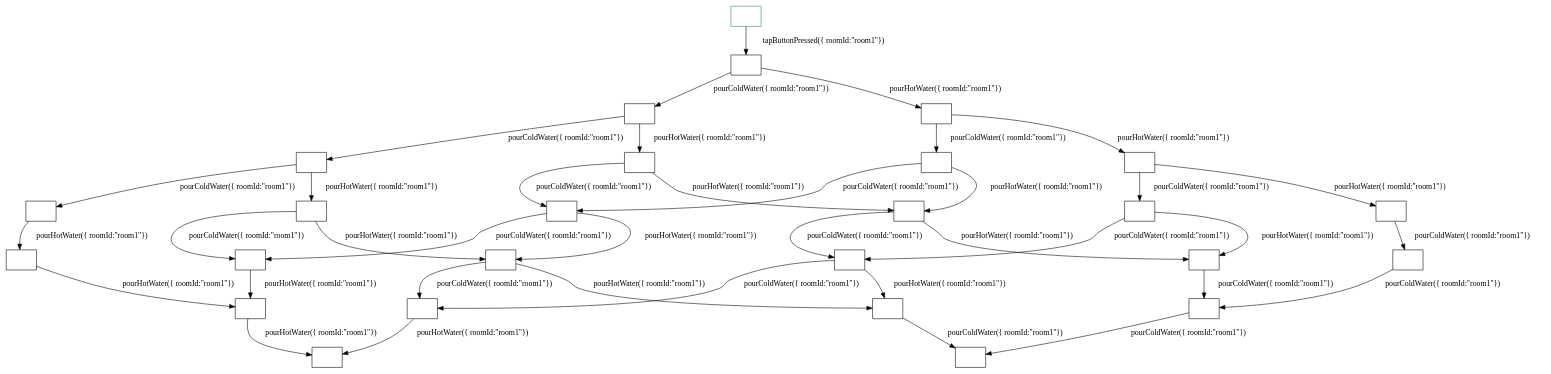
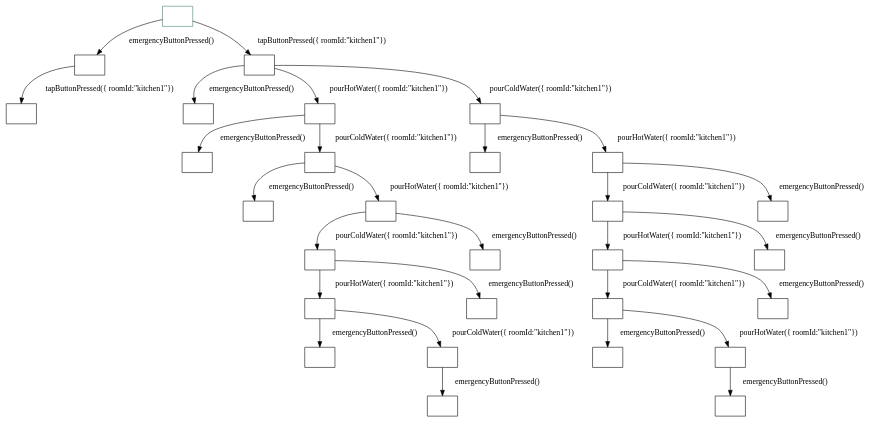
One commit to ronzi-2002/Generating-Behavioral-Programs-Using-Large-Language-Models changed the diagram in exports/smartHouse_Paper.js+HandleExternalEvents.js.dot. Above: the diagram before and after it, drawn with Graphviz. The commit also changed 4 other files, not shown here.

Commit message:
Integrated on the fly code additions for graph generation

```diff
--- a/exports/smartHouse_Paper.js+HandleExternalEvents.js.dot
+++ b/exports/smartHouse_Paper.js+HandleExternalEvents.js.dot
@@ -1,72 +1,66 @@
 digraph G {
-  num_of_vertices=26;
-  num_of_events=3;
+  num_of_vertices=29;
+  num_of_events=4;
   color="#000000";
   name="smartHouse_Paper.js+HandleExternalEvents.js";
-  num_of_edges=37;
+  num_of_edges=28;
   fontname=Courier;
-  run_date="2024-09-13T19:14:29.2445528";
-  0 [ color="#338866" shape="box" start="true" store="[{CTX.Entity: room1,{id:'room1', type:'room', roomType:'kitchen', hasTap:true}},{metaData15679,{simulatedTime:1.726244068313E12}}]" id="0" label="" hash="-1160231156" accepting="false" ];
-  1 [ shape="box" start="false" store="[{CTX.Entity: room1,{id:'room1', type:'room', roomType:'kitchen', hasTap:true}},{metaData15679,{simulatedTime:1.726244068313E12}}]" id="1" label="" hash="1983713042" accepting="false" ];
-  2 [ shape="box" start="false" store="[{CTX.Entity: room1,{id:'room1', type:'room', roomType:'kitchen', hasTap:true}},{metaData15679,{simulatedTime:1.726244068313E12}}]" id="2" label="" hash="1983713042" accepting="false" ];
-  3 [ shape="box" start="false" store="[{CTX.Entity: room1,{id:'room1', type:'room', roomType:'kitchen', hasTap:true}},{metaData15679,{simulatedTime:1.726244068313E12}}]" id="3" label="" hash="1983713042" accepting="false" ];
-  4 [ shape="box" start="false" store="[{CTX.Entity: room1,{id:'room1', type:'room', roomType:'kitchen', hasTap:true}},{metaData15679,{simulatedTime:1.726244068313E12}}]" id="4" label="" hash="1983713042" accepting="false" ];
-  5 [ shape="box" start="false" store="[{CTX.Entity: room1,{id:'room1', type:'room', roomType:'kitchen', hasTap:true}},{metaData15679,{simulatedTime:1.726244068313E12}}]" id="5" label="" hash="1983713042" accepting="false" ];
-  6 [ shape="box" start="false" store="[{CTX.Entity: room1,{id:'room1', type:'room', roomType:'kitchen', hasTap:true}},{metaData15679,{simulatedTime:1.726244068313E12}}]" id="6" label="" hash="-1321735526" accepting="false" ];
-  7 [ shape="box" start="false" store="[{CTX.Entity: room1,{id:'room1', type:'room', roomType:'kitchen', hasTap:true}},{metaData15679,{simulatedTime:1.726244068313E12}}]" id="7" label="" hash="1261052987" accepting="false" ];
-  8 [ shape="box" start="false" store="[{CTX.Entity: room1,{id:'room1', type:'room', roomType:'kitchen', hasTap:true}},{metaData15679,{simulatedTime:1.726244068313E12}}]" id="8" label="" hash="271534259" accepting="false" ];
-  9 [ shape="box" start="false" store="[{CTX.Entity: room1,{id:'room1', type:'room', roomType:'kitchen', hasTap:true}},{metaData15679,{simulatedTime:1.726244068313E12}}]" id="9" label="" hash="1261052987" accepting="false" ];
-  10 [ shape="box" start="false" store="[{CTX.Entity: room1,{id:'room1', type:'room', roomType:'kitchen', hasTap:true}},{metaData15679,{simulatedTime:1.726244068313E12}}]" id="10" label="" hash="271534259" accepting="false" ];
-  11 [ shape="box" start="false" store="[{CTX.Entity: room1,{id:'room1', type:'room', roomType:'kitchen', hasTap:true}},{metaData15679,{simulatedTime:1.726244068313E12}}]" id="11" label="" hash="271534259" accepting="false" ];
-  12 [ shape="box" start="false" store="[{CTX.Entity: room1,{id:'room1', type:'room', roomType:'kitchen', hasTap:true}},{metaData15679,{simulatedTime:1.726244068313E12}}]" id="12" label="" hash="271534259" accepting="false" ];
-  13 [ shape="box" start="false" store="[{CTX.Entity: room1,{id:'room1', type:'room', roomType:'kitchen', hasTap:true}},{metaData15679,{simulatedTime:1.726244068313E12}}]" id="13" label="" hash="271534259" accepting="false" ];
-  14 [ shape="box" start="false" store="[{CTX.Entity: room1,{id:'room1', type:'room', roomType:'kitchen', hasTap:true}},{metaData15679,{simulatedTime:1.726244068313E12}}]" id="14" label="" hash="1983713042" accepting="false" ];
-  15 [ shape="box" start="false" store="[{CTX.Entity: room1,{id:'room1', type:'room', roomType:'kitchen', hasTap:true}},{metaData15679,{simulatedTime:1.726244068313E12}}]" id="15" label="" hash="1983713042" accepting="false" ];
-  16 [ shape="box" start="false" store="[{CTX.Entity: room1,{id:'room1', type:'room', roomType:'kitchen', hasTap:true}},{metaData15679,{simulatedTime:1.726244068313E12}}]" id="16" label="" hash="1983713042" accepting="false" ];
-  17 [ shape="box" start="false" store="[{CTX.Entity: room1,{id:'room1', type:'room', roomType:'kitchen', hasTap:true}},{metaData15679,{simulatedTime:1.726244068313E12}}]" id="17" label="" hash="-1321735526" accepting="false" ];
-  18 [ shape="box" start="false" store="[{CTX.Entity: room1,{id:'room1', type:'room', roomType:'kitchen', hasTap:true}},{metaData15679,{simulatedTime:1.726244068313E12}}]" id="18" label="" hash="-1321735526" accepting="false" ];
-  19 [ shape="box" start="false" store="[{CTX.Entity: room1,{id:'room1', type:'room', roomType:'kitchen', hasTap:true}},{metaData15679,{simulatedTime:1.726244068313E12}}]" id="19" label="" hash="1983713042" accepting="false" ];
-  20 [ shape="box" start="false" store="[{CTX.Entity: room1,{id:'room1', type:'room', roomType:'kitchen', hasTap:true}},{metaData15679,{simulatedTime:1.726244068313E12}}]" id="20" label="" hash="1983713042" accepting="false" ];
-  21 [ shape="box" start="false" store="[{CTX.Entity: room1,{id:'room1', type:'room', roomType:'kitchen', hasTap:true}},{metaData15679,{simulatedTime:1.726244068313E12}}]" id="21" label="" hash="1983713042" accepting="false" ];
-  22 [ shape="box" start="false" store="[{CTX.Entity: room1,{id:'room1', type:'room', roomType:'kitchen', hasTap:true}},{metaData15679,{simulatedTime:1.726244068313E12}}]" id="22" label="" hash="-1321735526" accepting="false" ];
-  23 [ shape="box" start="false" store="[{CTX.Entity: room1,{id:'room1', type:'room', roomType:'kitchen', hasTap:true}},{metaData15679,{simulatedTime:1.726244068313E12}}]" id="23" label="" hash="-1321735526" accepting="false" ];
-  24 [ shape="box" start="false" store="[{CTX.Entity: room1,{id:'room1', type:'room', roomType:'kitchen', hasTap:true}},{metaData15679,{simulatedTime:1.726244068313E12}}]" id="24" label="" hash="1983713042" accepting="false" ];
-  25 [ shape="box" start="false" store="[{CTX.Entity: room1,{id:'room1', type:'room', roomType:'kitchen', hasTap:true}},{metaData15679,{simulatedTime:1.726244068313E12}}]" id="25" label="" hash="1983713042" accepting="false" ];
-  0 -> 1 [ label="tapButtonPressed({ roomId:\"room1\"})" ];
-  1 -> 2 [ label="pourHotWater({ roomId:\"room1\"})" ];
-  2 -> 3 [ label="pourHotWater({ roomId:\"room1\"})" ];
-  3 -> 4 [ label="pourColdWater({ roomId:\"room1\"})" ];
-  4 -> 5 [ label="pourColdWater({ roomId:\"room1\"})" ];
-  5 -> 6 [ label="pourColdWater({ roomId:\"room1\"})" ];
-  6 -> 7 [ label="pourHotWater({ roomId:\"room1\"})" ];
-  5 -> 8 [ label="pourHotWater({ roomId:\"room1\"})" ];
-  8 -> 9 [ label="pourColdWater({ roomId:\"room1\"})" ];
-  4 -> 10 [ label="pourHotWater({ roomId:\"room1\"})" ];
-  10 -> 11 [ label="pourColdWater({ roomId:\"room1\"})" ];
-  11 -> 9 [ label="pourColdWater({ roomId:\"room1\"})" ];
-  3 -> 12 [ label="pourHotWater({ roomId:\"room1\"})" ];
-  12 -> 13 [ label="pourColdWater({ roomId:\"room1\"})" ];
-  13 -> 11 [ label="pourColdWater({ roomId:\"room1\"})" ];
-  2 -> 14 [ label="pourColdWater({ roomId:\"room1\"})" ];
-  14 -> 15 [ label="pourColdWater({ roomId:\"room1\"})" ];
-  15 -> 16 [ label="pourHotWater({ roomId:\"room1\"})" ];
-  16 -> 8 [ label="pourHotWater({ roomId:\"room1\"})" ];
-  16 -> 6 [ label="pourColdWater({ roomId:\"room1\"})" ];
-  15 -> 17 [ label="pourColdWater({ roomId:\"room1\"})" ];
-  17 -> 18 [ label="pourHotWater({ roomId:\"room1\"})" ];
-  18 -> 7 [ label="pourHotWater({ roomId:\"room1\"})" ];
-  14 -> 19 [ label="pourHotWater({ roomId:\"room1\"})" ];
-  19 -> 5 [ label="pourColdWater({ roomId:\"room1\"})" ];
-  19 -> 10 [ label="pourHotWater({ roomId:\"room1\"})" ];
-  1 -> 20 [ label="pourColdWater({ roomId:\"room1\"})" ];
-  20 -> 21 [ label="pourColdWater({ roomId:\"room1\"})" ];
-  21 -> 22 [ label="pourColdWater({ roomId:\"room1\"})" ];
-  22 -> 23 [ label="pourHotWater({ roomId:\"room1\"})" ];
-  23 -> 18 [ label="pourHotWater({ roomId:\"room1\"})" ];
-  21 -> 24 [ label="pourHotWater({ roomId:\"room1\"})" ];
-  24 -> 17 [ label="pourColdWater({ roomId:\"room1\"})" ];
-  24 -> 16 [ label="pourHotWater({ roomId:\"room1\"})" ];
-  20 -> 25 [ label="pourHotWater({ roomId:\"room1\"})" ];
-  25 -> 15 [ label="pourColdWater({ roomId:\"room1\"})" ];
-  25 -> 19 [ label="pourHotWater({ roomId:\"room1\"})" ];
+  run_date="2024-09-14T17:58:20.5080377";
+  0 [ color="#338866" shape="box" start="true" store="[{CTX.Entity: kitchen1,{id:'kitchen1', type:'room', roomType:'kitchen', hasTap:true}},{metaData15679,{simulatedTime:1.72632589984E12}}]" id="0" label="" hash="-34211863" accepting="false" ];
+  1 [ shape="box" start="false" store="[{CTX.Entity: kitchen1,{id:'kitchen1', type:'room', roomType:'kitchen', hasTap:true}},{metaData15679,{simulatedTime:1.72632589984E12}}]" id="1" label="" hash="-1837232911" accepting="false" ];
+  2 [ shape="box" start="false" store="[{CTX.Entity: kitchen1,{id:'kitchen1', type:'room', roomType:'kitchen', hasTap:true}},{metaData15679,{simulatedTime:1.72632589984E12}}]" id="2" label="" hash="-1490017573" accepting="false" ];
+  3 [ shape="box" start="false" store="[{CTX.Entity: kitchen1,{id:'kitchen1', type:'room', roomType:'kitchen', hasTap:true}},{metaData15679,{simulatedTime:1.72632589984E12}}]" id="3" label="" hash="313003475" accepting="false" ];
+  4 [ shape="box" start="false" store="[{CTX.Entity: kitchen1,{id:'kitchen1', type:'room', roomType:'kitchen', hasTap:true}},{metaData15679,{simulatedTime:1.72632589984E12}}]" id="4" label="" hash="-1490017573" accepting="false" ];
+  5 [ shape="box" start="false" store="[{CTX.Entity: kitchen1,{id:'kitchen1', type:'room', roomType:'kitchen', hasTap:true}},{metaData15679,{simulatedTime:1.72632589984E12}}]" id="5" label="" hash="-183484498" accepting="false" ];
+  6 [ shape="box" start="false" store="[{CTX.Entity: kitchen1,{id:'kitchen1', type:'room', roomType:'kitchen', hasTap:true}},{metaData15679,{simulatedTime:1.72632589984E12}}]" id="6" label="" hash="-1986505546" accepting="false" ];
+  7 [ shape="box" start="false" store="[{CTX.Entity: kitchen1,{id:'kitchen1', type:'room', roomType:'kitchen', hasTap:true}},{metaData15679,{simulatedTime:1.72632589984E12}}]" id="7" label="" hash="769654525" accepting="false" ];
+  8 [ shape="box" start="false" store="[{CTX.Entity: kitchen1,{id:'kitchen1', type:'room', roomType:'kitchen', hasTap:true}},{metaData15679,{simulatedTime:1.72632589984E12}}]" id="8" label="" hash="-1033366523" accepting="false" ];
+  9 [ shape="box" start="false" store="[{CTX.Entity: kitchen1,{id:'kitchen1', type:'room', roomType:'kitchen', hasTap:true}},{metaData15679,{simulatedTime:1.72632589984E12}}]" id="9" label="" hash="-183484498" accepting="false" ];
+  10 [ shape="box" start="false" store="[{CTX.Entity: kitchen1,{id:'kitchen1', type:'room', roomType:'kitchen', hasTap:true}},{metaData15679,{simulatedTime:1.72632589984E12}}]" id="10" label="" hash="769654525" accepting="false" ];
+  11 [ shape="box" start="false" store="[{CTX.Entity: kitchen1,{id:'kitchen1', type:'room', roomType:'kitchen', hasTap:true}},{metaData15679,{simulatedTime:1.72632589984E12}}]" id="11" label="" hash="557599615" accepting="false" ];
+  12 [ shape="box" start="false" store="[{CTX.Entity: kitchen1,{id:'kitchen1', type:'room', roomType:'kitchen', hasTap:true}},{metaData15679,{simulatedTime:1.72632589984E12}}]" id="12" label="" hash="-1245421433" accepting="false" ];
+  13 [ shape="box" start="false" store="[{CTX.Entity: kitchen1,{id:'kitchen1', type:'room', roomType:'kitchen', hasTap:true}},{metaData15679,{simulatedTime:1.72632589984E12}}]" id="13" label="" hash="1113255696" accepting="false" ];
+  14 [ shape="box" start="false" store="[{CTX.Entity: kitchen1,{id:'kitchen1', type:'room', roomType:'kitchen', hasTap:true}},{metaData15679,{simulatedTime:1.72632589984E12}}]" id="14" label="" hash="-689765352" accepting="false" ];
+  15 [ shape="box" start="false" store="[{CTX.Entity: kitchen1,{id:'kitchen1', type:'room', roomType:'kitchen', hasTap:true}},{metaData15679,{simulatedTime:1.72632589984E12}}]" id="15" label="" hash="-1033366523" accepting="false" ];
+  16 [ shape="box" start="false" store="[{CTX.Entity: kitchen1,{id:'kitchen1', type:'room', roomType:'kitchen', hasTap:true}},{metaData15679,{simulatedTime:1.72632589984E12}}]" id="16" label="" hash="-1986505546" accepting="false" ];
+  17 [ shape="box" start="false" store="[{CTX.Entity: kitchen1,{id:'kitchen1', type:'room', roomType:'kitchen', hasTap:true}},{metaData15679,{simulatedTime:1.72632589984E12}}]" id="17" label="" hash="769654525" accepting="false" ];
+  18 [ shape="box" start="false" store="[{CTX.Entity: kitchen1,{id:'kitchen1', type:'room', roomType:'kitchen', hasTap:true}},{metaData15679,{simulatedTime:1.72632589984E12}}]" id="18" label="" hash="-1033366523" accepting="false" ];
+  19 [ shape="box" start="false" store="[{CTX.Entity: kitchen1,{id:'kitchen1', type:'room', roomType:'kitchen', hasTap:true}},{metaData15679,{simulatedTime:1.72632589984E12}}]" id="19" label="" hash="-183484498" accepting="false" ];
+  20 [ shape="box" start="false" store="[{CTX.Entity: kitchen1,{id:'kitchen1', type:'room', roomType:'kitchen', hasTap:true}},{metaData15679,{simulatedTime:1.72632589984E12}}]" id="20" label="" hash="769654525" accepting="false" ];
+  21 [ shape="box" start="false" store="[{CTX.Entity: kitchen1,{id:'kitchen1', type:'room', roomType:'kitchen', hasTap:true}},{metaData15679,{simulatedTime:1.72632589984E12}}]" id="21" label="" hash="-183484498" accepting="false" ];
+  22 [ shape="box" start="false" store="[{CTX.Entity: kitchen1,{id:'kitchen1', type:'room', roomType:'kitchen', hasTap:true}},{metaData15679,{simulatedTime:1.72632589984E12}}]" id="22" label="" hash="372171583" accepting="false" ];
+  23 [ shape="box" start="false" store="[{CTX.Entity: kitchen1,{id:'kitchen1', type:'room', roomType:'kitchen', hasTap:true}},{metaData15679,{simulatedTime:1.72632589984E12}}]" id="23" label="" hash="-1430849465" accepting="false" ];
+  24 [ shape="box" start="false" store="[{CTX.Entity: kitchen1,{id:'kitchen1', type:'room', roomType:'kitchen', hasTap:true}},{metaData15679,{simulatedTime:1.72632589984E12}}]" id="24" label="" hash="160116673" accepting="false" ];
+  25 [ shape="box" start="false" store="[{CTX.Entity: kitchen1,{id:'kitchen1', type:'room', roomType:'kitchen', hasTap:true}},{metaData15679,{simulatedTime:1.72632589984E12}}]" id="25" label="" hash="-1642904375" accepting="false" ];
+  26 [ shape="box" start="false" store="[{CTX.Entity: kitchen1,{id:'kitchen1', type:'room', roomType:'kitchen', hasTap:true}},{metaData15679,{simulatedTime:1.72632589984E12}}]" id="26" label="" hash="-1986505546" accepting="false" ];
+  27 [ shape="box" start="false" store="[{CTX.Entity: kitchen1,{id:'kitchen1', type:'room', roomType:'kitchen', hasTap:true}},{metaData15679,{simulatedTime:1.72632589984E12}}]" id="27" label="" hash="-1033366523" accepting="false" ];
+  28 [ shape="box" start="false" store="[{CTX.Entity: kitchen1,{id:'kitchen1', type:'room', roomType:'kitchen', hasTap:true}},{metaData15679,{simulatedTime:1.72632589984E12}}]" id="28" label="" hash="-1986505546" accepting="false" ];
+  0 -> 1 [ label="emergencyButtonPressed()" ];
+  1 -> 2 [ label="tapButtonPressed({ roomId:\"kitchen1\"})" ];
+  0 -> 3 [ label="tapButtonPressed({ roomId:\"kitchen1\"})" ];
+  3 -> 4 [ label="emergencyButtonPressed()" ];
+  3 -> 5 [ label="pourHotWater({ roomId:\"kitchen1\"})" ];
+  5 -> 6 [ label="emergencyButtonPressed()" ];
+  5 -> 7 [ label="pourColdWater({ roomId:\"kitchen1\"})" ];
+  7 -> 8 [ label="emergencyButtonPressed()" ];
+  7 -> 9 [ label="pourHotWater({ roomId:\"kitchen1\"})" ];
+  9 -> 10 [ label="pourColdWater({ roomId:\"kitchen1\"})" ];
+  10 -> 11 [ label="pourHotWater({ roomId:\"kitchen1\"})" ];
+  11 -> 12 [ label="emergencyButtonPressed()" ];
+  11 -> 13 [ label="pourColdWater({ roomId:\"kitchen1\"})" ];
+  13 -> 14 [ label="emergencyButtonPressed()" ];
+  10 -> 15 [ label="emergencyButtonPressed()" ];
+  9 -> 16 [ label="emergencyButtonPressed()" ];
+  3 -> 17 [ label="pourColdWater({ roomId:\"kitchen1\"})" ];
+  17 -> 18 [ label="emergencyButtonPressed()" ];
+  17 -> 19 [ label="pourHotWater({ roomId:\"kitchen1\"})" ];
+  19 -> 20 [ label="pourColdWater({ roomId:\"kitchen1\"})" ];
+  20 -> 21 [ label="pourHotWater({ roomId:\"kitchen1\"})" ];
+  21 -> 22 [ label="pourColdWater({ roomId:\"kitchen1\"})" ];
+  22 -> 23 [ label="emergencyButtonPressed()" ];
+  22 -> 24 [ label="pourHotWater({ roomId:\"kitchen1\"})" ];
+  24 -> 25 [ label="emergencyButtonPressed()" ];
+  21 -> 26 [ label="emergencyButtonPressed()" ];
+  20 -> 27 [ label="emergencyButtonPressed()" ];
+  19 -> 28 [ label="emergencyButtonPressed()" ];
 }
```
